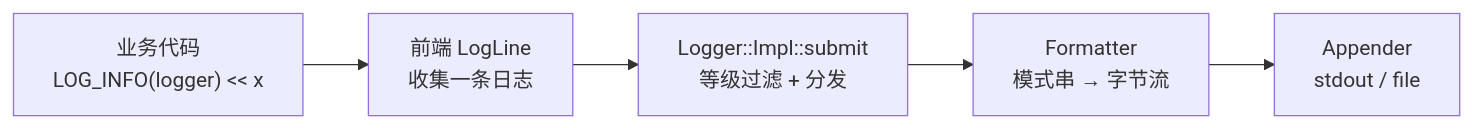
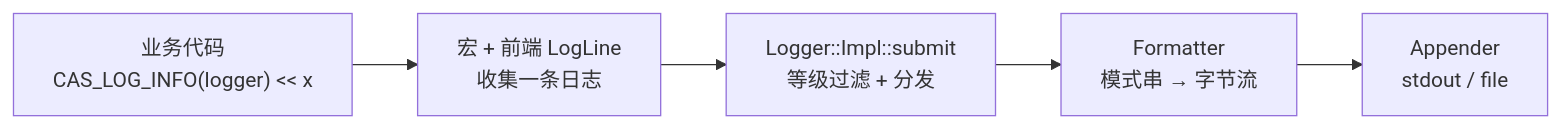
One commit to motao7/CppGameServer changed the first of 3 diagrams in Docs/Markdown/08-利用RAII机制进行日志采集.md. Above: the diagram before and after it, drawn with Mermaid. The commit also changed other lines of this file and 4 other files, not shown here.

````diff
--- a/Docs/Markdown/08-利用RAII机制进行日志采集.md
+++ b/Docs/Markdown/08-利用RAII机制进行日志采集.md
@@ -32,7 +32,7 @@
 ```mermaid
 flowchart LR
-    A["业务代码<br/>LOG_INFO(logger) &lt;&lt; x"] --> B["前端 LogLine<br/>收集一条日志"]
+    A["业务代码<br/>CAS_LOG_INFO(logger) &lt;&lt; x"] --> B["宏 + 前端 LogLine<br/>收集一条日志"]
     B --> C["Logger::Impl::submit<br/>等级过滤 + 分发"]
     C --> D["Formatter<br/>模式串 → 字节流"]
     D --> E["Appender<br/>stdout / file"]
 ```
````
